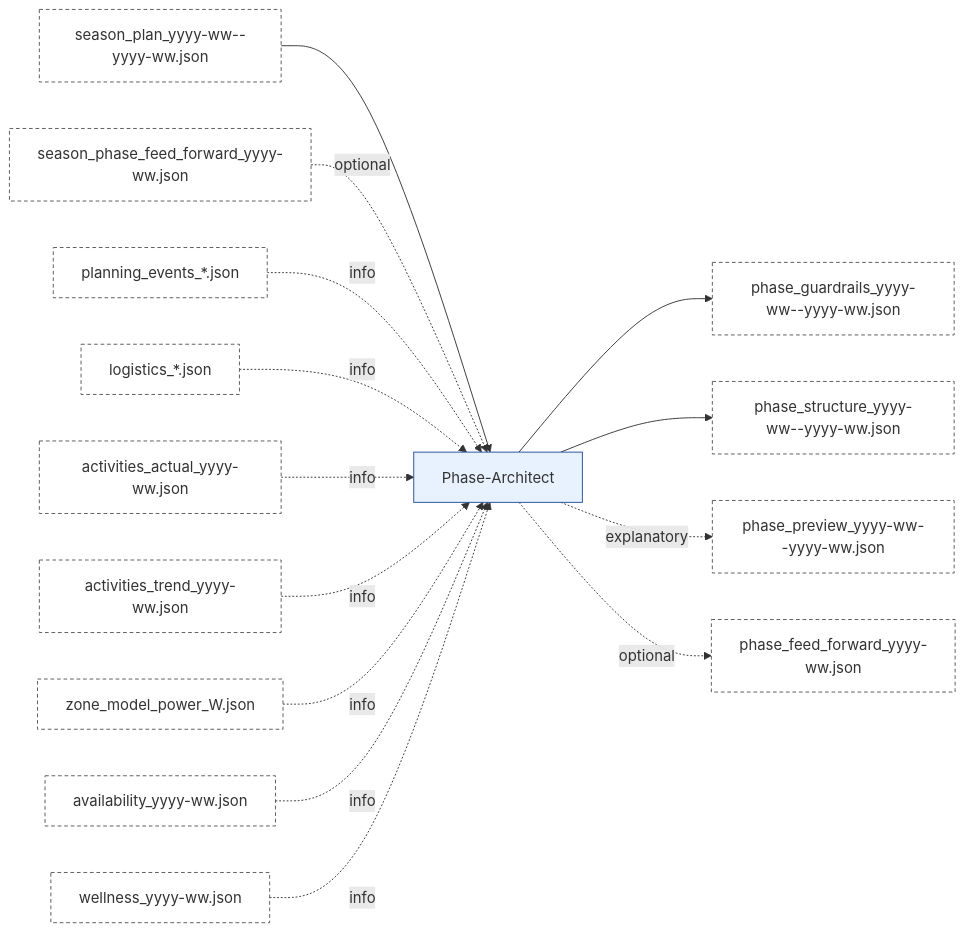
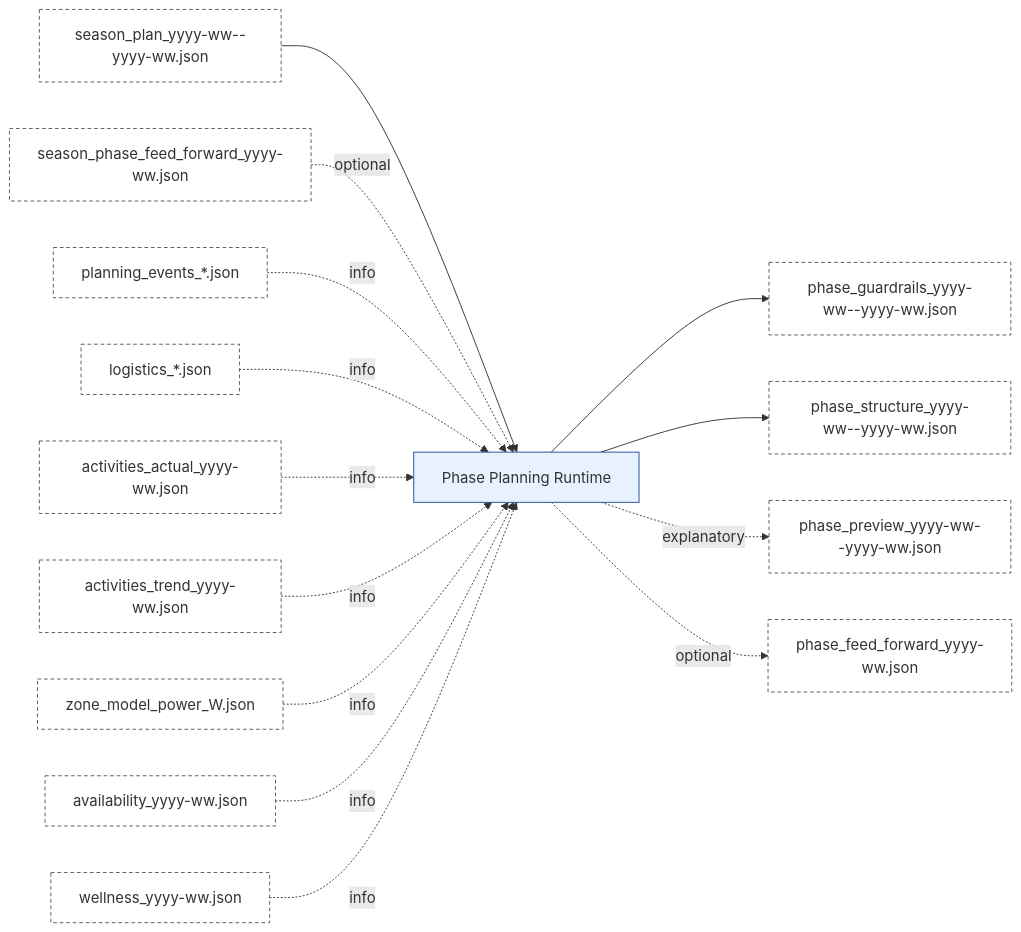
Before and after one commit to albauer-priv/RPS: the fourth of 10 diagrams in doc/overview/artefact_flow.md, drawn with Mermaid. The commit also changed other lines of this file and 5 other files, not shown here.

Commit message:
docs: update crewai skills and planning architecture

````diff
--- a/doc/overview/artefact_flow.md
+++ b/doc/overview/artefact_flow.md
@@ -248,20 +242,20 @@
 ```mermaid
 flowchart LR
-  MO["season_plan_yyyy-ww--yyyy-ww.json"]:::artefact --> ME["Phase-Architect"]:::agent
+  MO["season_plan_yyyy-ww--yyyy-ww.json"]:::artefact --> ME["Phase Planning Runtime"]:::agent
   SPFF["season_phase_feed_forward_yyyy-ww.json"]:::artefact -. optional .-> ME
   PE["planning_events_*.json"]:::artefact -. info .-> ME
   LG["logistics_*.json"]:::artefact -. info .-> ME
   AA["activities_actual_yyyy-ww.json"]:::artefact -. info .-> ME
   AT["activities_trend_yyyy-ww.json"]:::artefact -. info .-> ME
   ZM["zone_model_power_<FTP>W.json"]:::artefact -. info .-> ME
   AV["availability_yyyy-ww.json"]:::artefact -. info .-> ME
   WL["wellness_yyyy-ww.json"]:::artefact -. info .-> ME
 
   ME --> BG["phase_guardrails_yyyy-ww--yyyy-ww.json"]:::artefact
   ME --> BEA["phase_structure_yyyy-ww--yyyy-ww.json"]:::artefact
   ME -. explanatory .-> BEP["phase_preview_yyyy-ww--yyyy-ww.json"]:::artefact
   ME -. optional .-> BFF["phase_feed_forward_yyyy-ww.json"]:::artefact
 
   classDef agent fill:#e8f2ff,stroke:#1f4b99,stroke-width:1px;
   classDef artefact fill:#ffffff,stroke:#555,stroke-dasharray: 4 3,stroke-width:1px;
 ```
````
